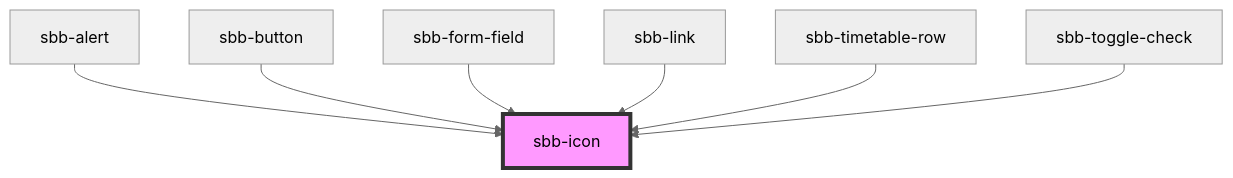
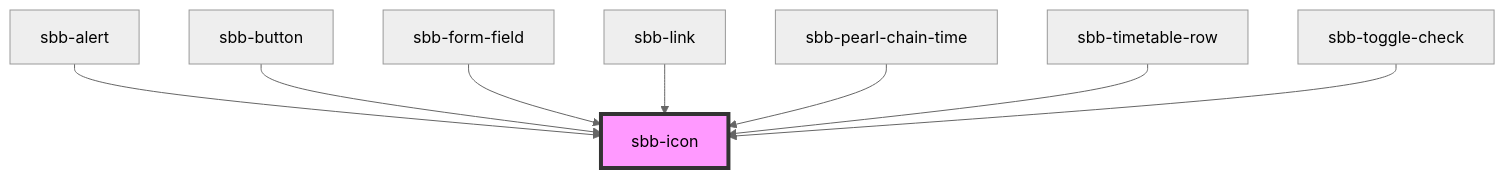
Before and after one commit to sbb-design-systems/lyne-components: the diagram in src/components/sbb-icon/readme.md, drawn with Mermaid (neutral theme). The commit also changed other lines of this file and 15 other files, not shown here.

````diff
--- a/src/components/sbb-icon/readme.md
+++ b/src/components/sbb-icon/readme.md
@@ -107,10 +108,11 @@
 ```mermaid
 graph TD;
   sbb-alert --> sbb-icon
   sbb-button --> sbb-icon
   sbb-form-field --> sbb-icon
   sbb-link --> sbb-icon
+  sbb-pearl-chain-time --> sbb-icon
   sbb-timetable-row --> sbb-icon
   sbb-toggle-check --> sbb-icon
   style sbb-icon fill:#f9f,stroke:#333,stroke-width:4px
 ```
````
